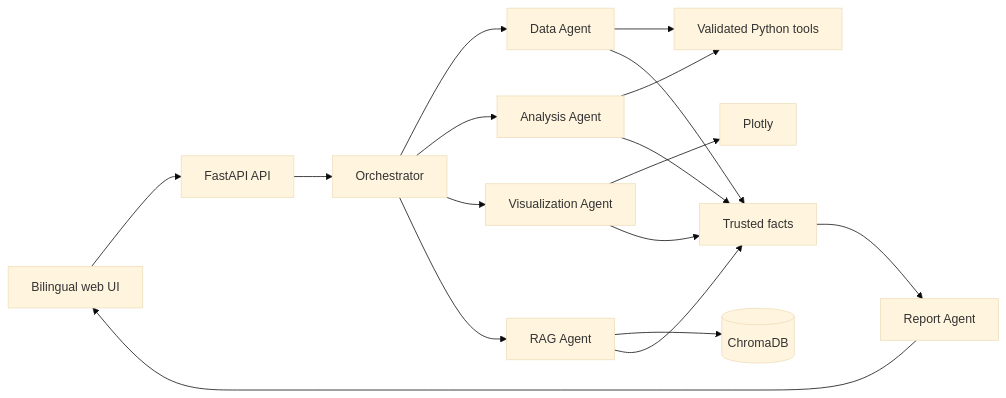
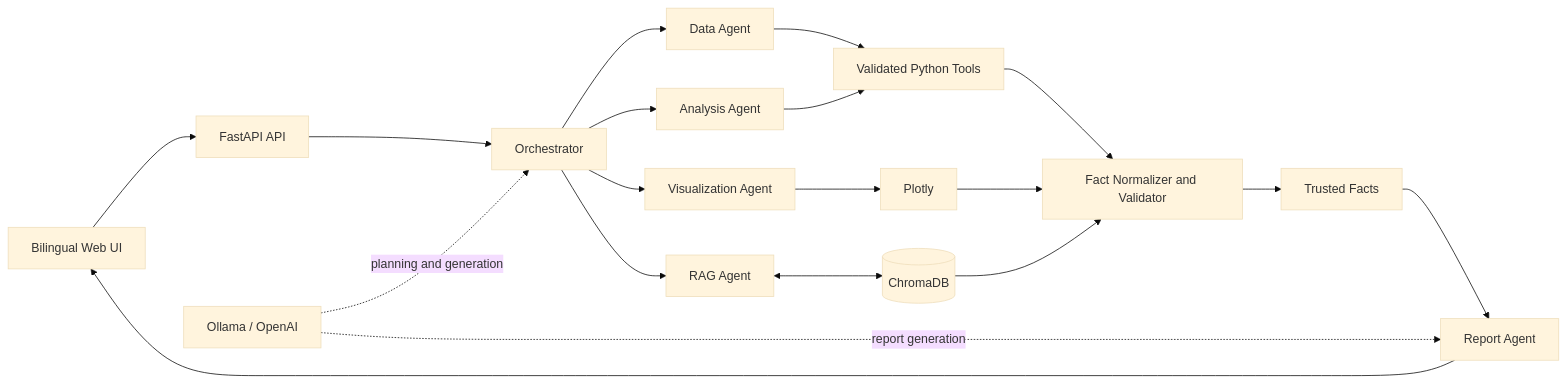
One commit to ShathaMoeen/datamind-ai changed the diagram in README.md. Above: the diagram before and after it, drawn with Mermaid (base theme). The commit also changed other lines of this file, not shown here.

Commit message:
docs: refine architecture diagram

````diff
--- a/README.md
+++ b/README.md
@@ -25,19 +25,27 @@
 ```mermaid
 flowchart LR
-    UI[Bilingual web UI] --> API[FastAPI API]
+    UI[Bilingual Web UI] --> API[FastAPI API]
     API --> O[Orchestrator]
+
+    LLM[Ollama / OpenAI] -. planning and generation .-> O
+
     O --> D[Data Agent]
     O --> A[Analysis Agent]
     O --> V[Visualization Agent]
     O --> R[RAG Agent]
-    D --> T[Validated Python tools]
+
+    D --> T[Validated Python Tools]
     A --> T
     V --> P[Plotly]
-    R --> C[(ChromaDB)]
-    D --> F[Trusted facts]
-    A --> F
-    V --> F
-    R --> F
+    R <--> C[(ChromaDB)]
+
+    T --> N[Fact Normalizer and Validator]
+    P --> N
+    C --> N
+
+    N --> F[Trusted Facts]
     F --> RP[Report Agent]
+
+    LLM -. report generation .-> RP
     RP --> UI
 ```
````
